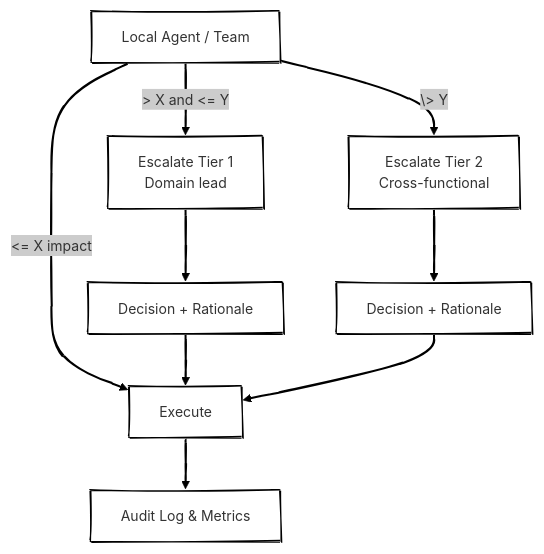
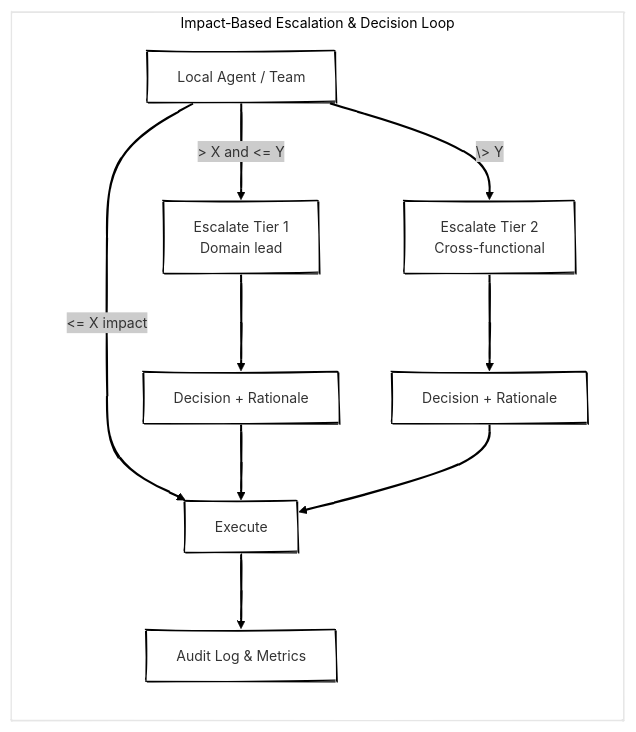
The fifth of 8 diagrams in posts/from-planning-to-orchestration-reimagining-enterprise-beyond-S&OP/index.qmd (antomon/antomon.github.io), drawn with Mermaid before and after one commit. The commit also changed other lines of this file and 4 other files, not shown here.

````diff
--- a/posts/from-planning-to-orchestration-reimagining-enterprise-beyond-S&OP/index.qmd
+++ b/posts/from-planning-to-orchestration-reimagining-enterprise-beyond-S&OP/index.qmd
@@ -277,17 +291,20 @@
 ```{mermaid}
-%%| label: decision-rights
+%%| label: fig-decision-rights
 %%| fig-cap: Decision rights as policy, dynamic escalation
 %%| fig-alt: Local autonomy within bounds with tiered escalation and safety nets
 %%| fig-align: "center"
 %%{init: {"theme": "neo", "look": "handDrawn"}}%%
 
-flowchart TD
+flowchart LR
+
+  subgraph EG[Impact#8209;Based&nbsp;Escalation&nbsp;&&nbsp;Decision&nbsp;Loop]
     L["Local Agent / Team"] -- "&lt;= X impact" --> Do["Execute"]
     L -- "&gt; X and &lt;= Y" --> Esc1["Escalate Tier 1<br>Domain lead"]
     L -- \> Y --> Esc2["Escalate Tier 2<br>Cross-functional"]
     Esc1 --> Decide1["Decision + Rationale"]
     Decide1 --> Do
     Esc2 --> Decide2["Decision + Rationale"]
     Decide2 --> Do
     Do --> Log["Audit Log & Metrics"]
+  end
 ```
````
